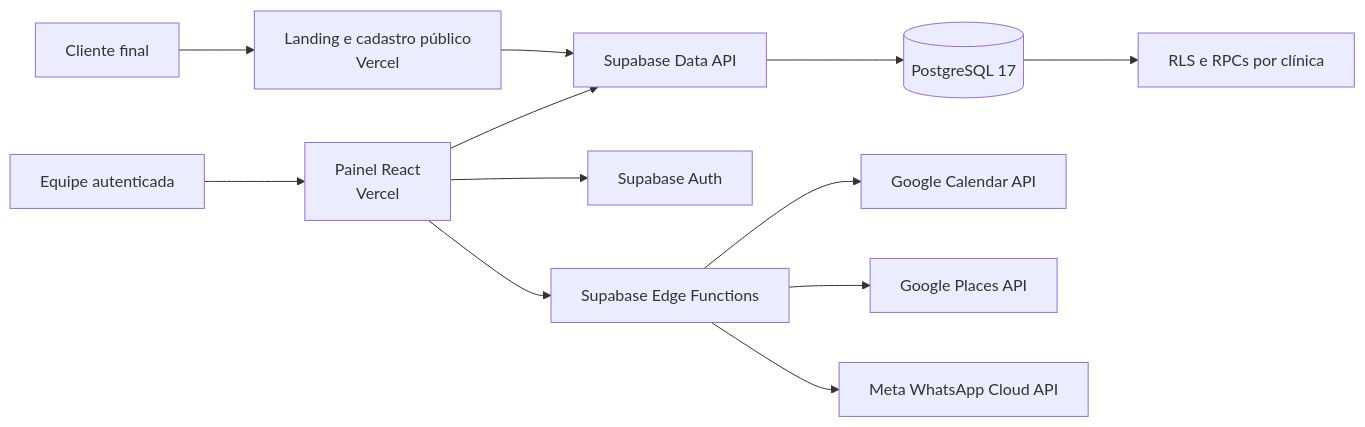
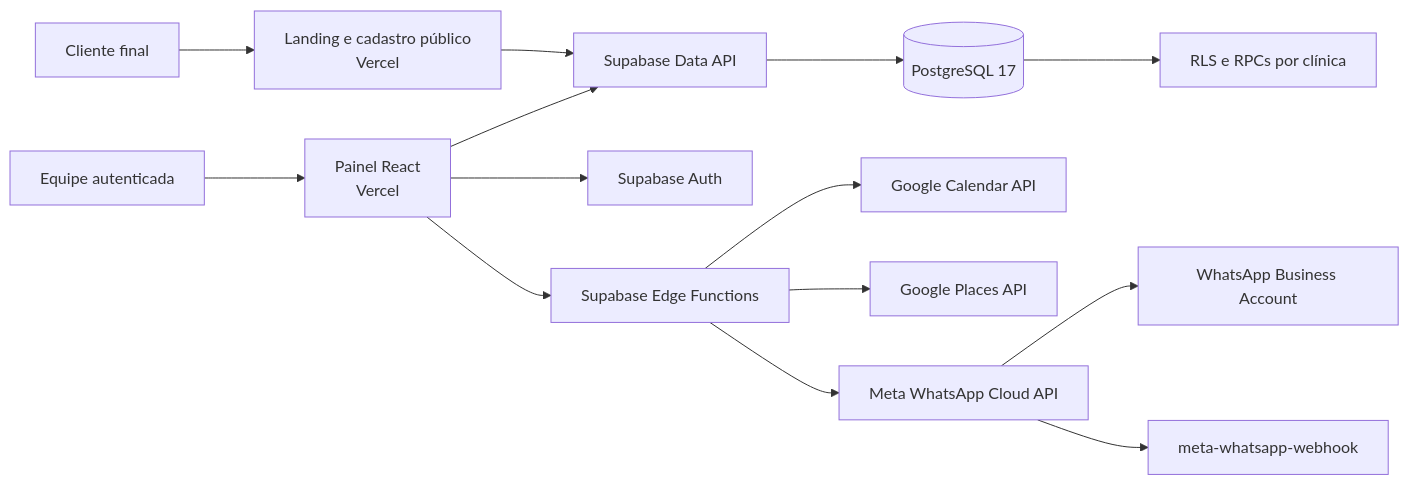
The diagram in doc/arquitetura.md (maiquelnet/clinicaestetica), drawn with Mermaid before and after one commit. The commit also changed other lines of this file and 57 other files, not shown here.

````diff
--- a/doc/arquitetura.md
+++ b/doc/arquitetura.md
@@ -9,14 +9,16 @@
 ```mermaid
 flowchart LR
   PUBLICO[Cliente final] --> SITE[Landing e cadastro público\nVercel]
   EQUIPE[Equipe autenticada] --> SPA[Painel React\nVercel]
   SITE --> DATA[Supabase Data API]
   SPA --> AUTH[Supabase Auth]
   SPA --> DATA
   DATA --> DB[(PostgreSQL 17)]
   DB --> RLS[RLS e RPCs por clínica]
   SPA --> EDGE[Supabase Edge Functions]
   EDGE --> GCAL[Google Calendar API]
   EDGE --> PLACES[Google Places API]
   EDGE --> META[Meta WhatsApp Cloud API]
+  META --> WABA[WhatsApp Business Account]
+  META --> WEBHOOK[meta-whatsapp-webhook]
 ```
````
